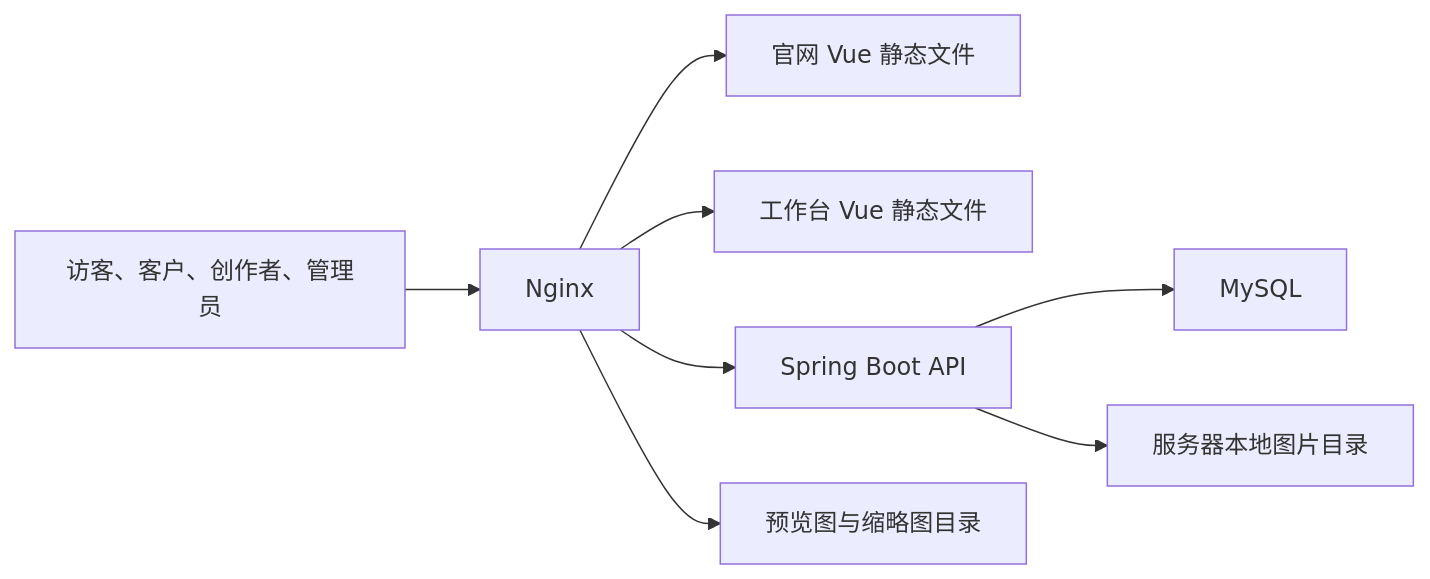
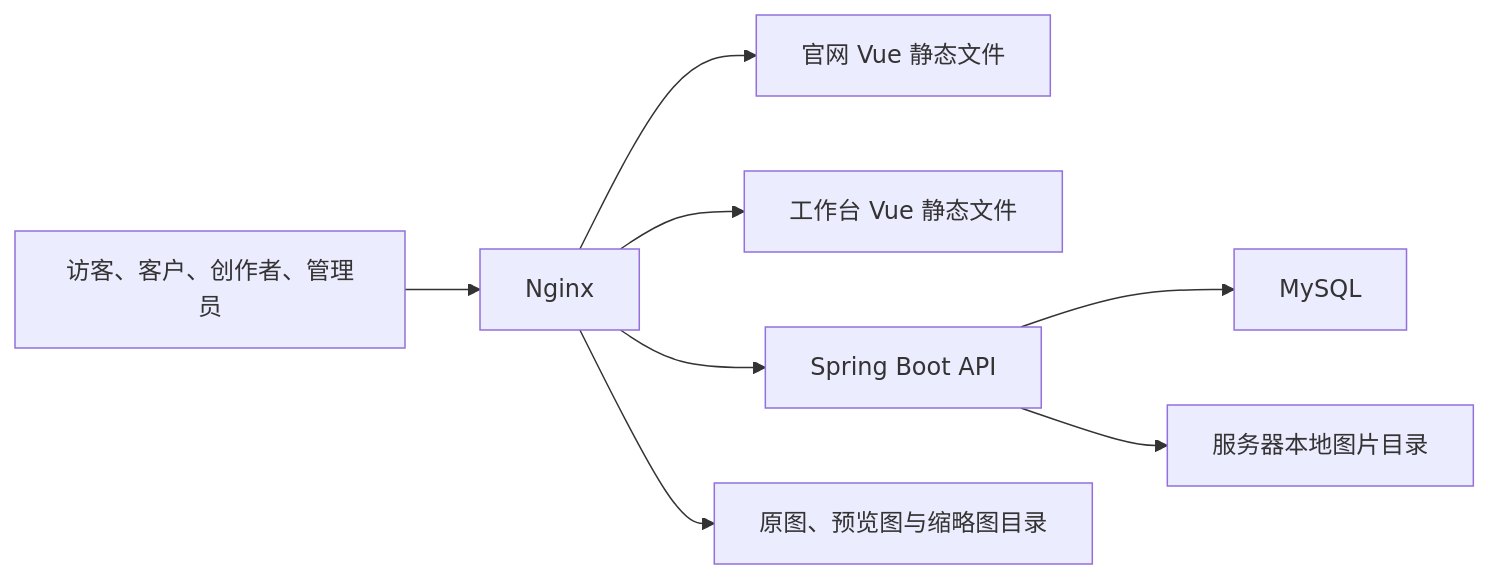
The diagram in docs/婚礼作品展示与云相册平台方案.md (SmallTak/wedding-platform), drawn with Mermaid before and after one commit. The commit also changed other lines of this file and 27 other files, not shown here.

````diff
--- a/docs/婚礼作品展示与云相册平台方案.md
+++ b/docs/婚礼作品展示与云相册平台方案.md
@@ -1114,10 +1115,10 @@
 ```mermaid
 flowchart LR
     U["访客、客户、创作者、管理员"] --> N["Nginx"]
     N --> W["官网 Vue 静态文件"]
     N --> C["工作台 Vue 静态文件"]
     N --> A["Spring Boot API"]
     A --> D["MySQL"]
     A --> F["服务器本地图片目录"]
-    N --> P["预览图与缩略图目录"]
+    N --> P["原图、预览图与缩略图目录"]
 ```
````
